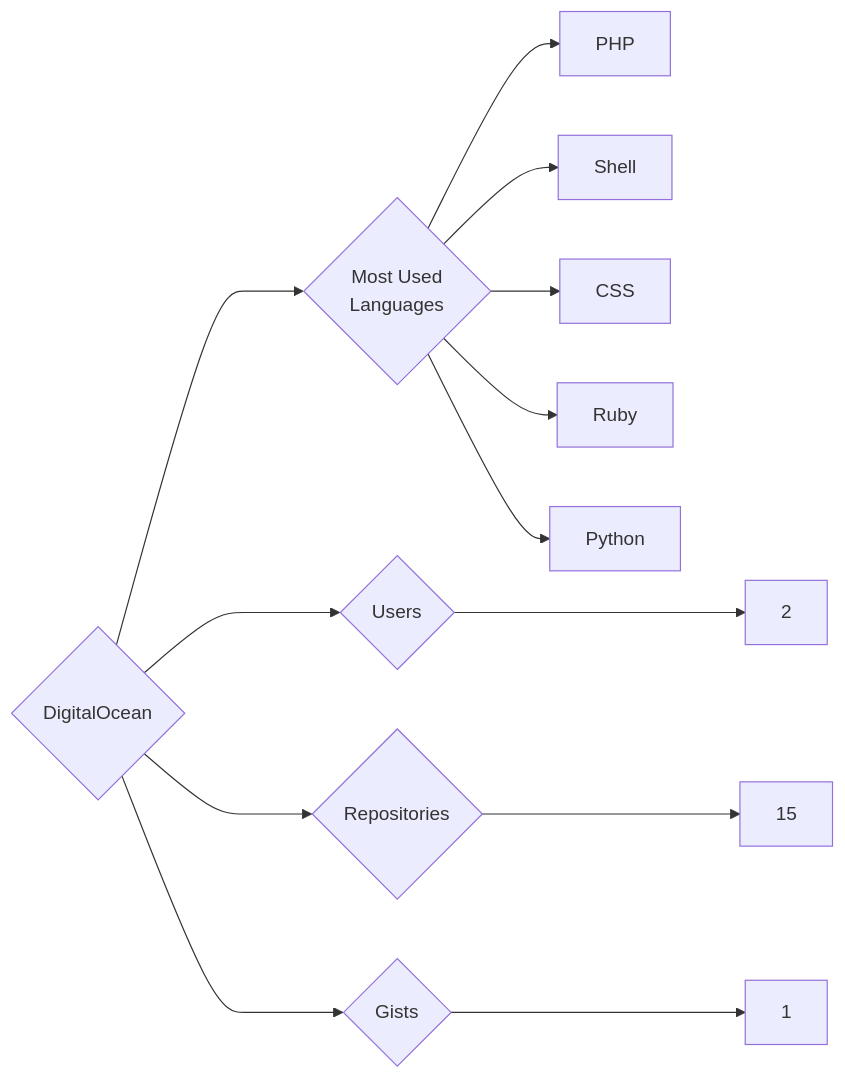
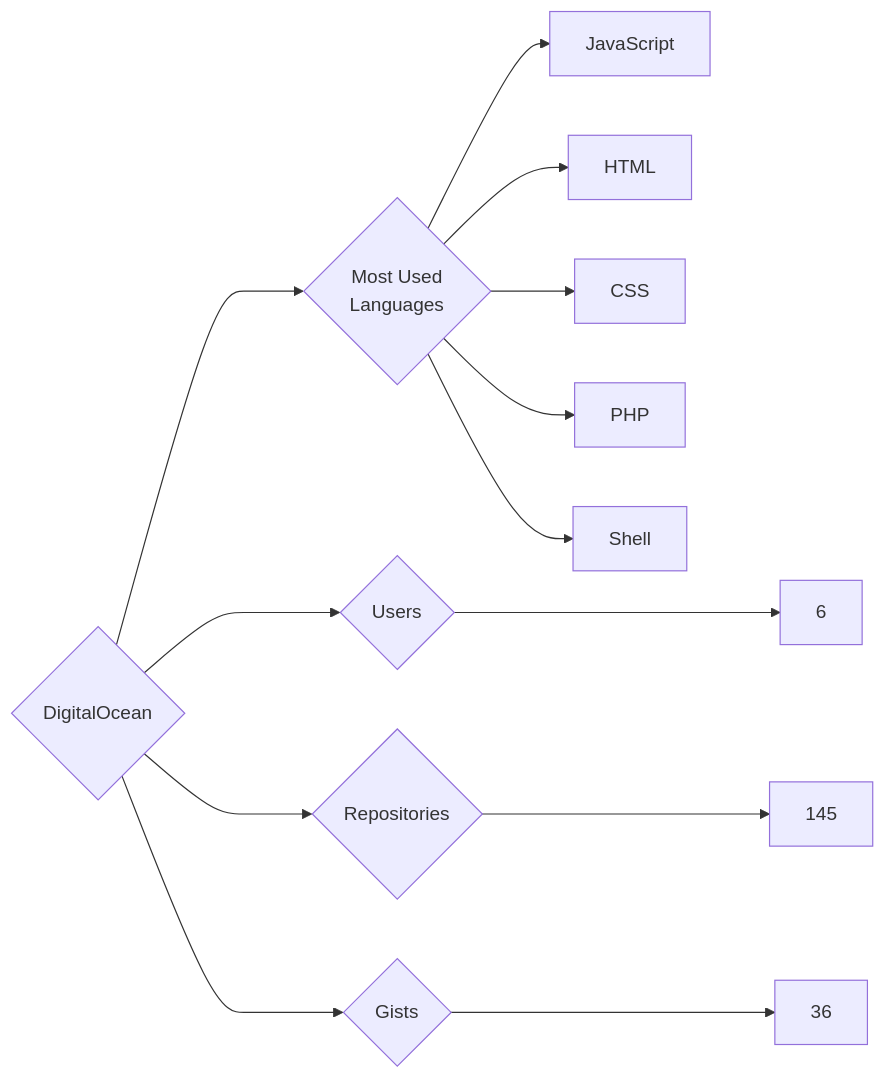
The diagram in targets/DigitalOcean/README.md (trickest/insiders), drawn with Mermaid before and after one commit. The commit also changed 1089 other files, not shown here.

````diff
--- a/targets/DigitalOcean/README.md
+++ b/targets/DigitalOcean/README.md
@@ -3,13 +3,13 @@
 ```mermaid
 graph LR
 COMPANY_NAME{DigitalOcean}
-COMPANY_NAME ---> U{Users} ---> UN[2]
-COMPANY_NAME ---> R{Repositories} ---> RN[15]
-COMPANY_NAME ---> G{Gists} ---> GN[1]
+COMPANY_NAME ---> U{Users} ---> UN[6]
+COMPANY_NAME ---> R{Repositories} ---> RN[145]
+COMPANY_NAME ---> G{Gists} ---> GN[36]
 COMPANY_NAME ---> ML{Most Used<br>Languages}
+ML --> JavaScript[JavaScript]
+ML --> HTML[HTML]
+ML --> CSS[CSS]
 ML --> PHP[PHP]
 ML --> Shell[Shell]
-ML --> CSS[CSS]
-ML --> Ruby[Ruby]
-ML --> Python[Python]
 ```
````
